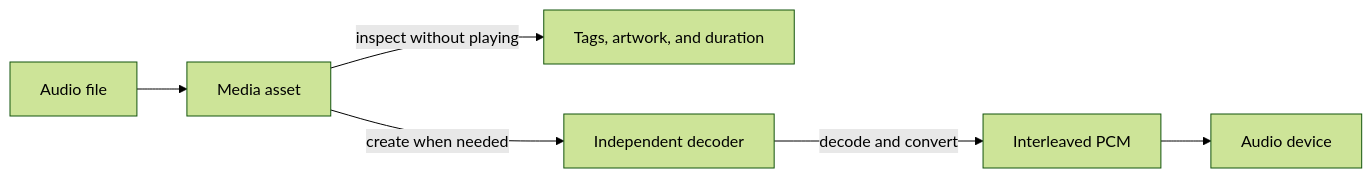
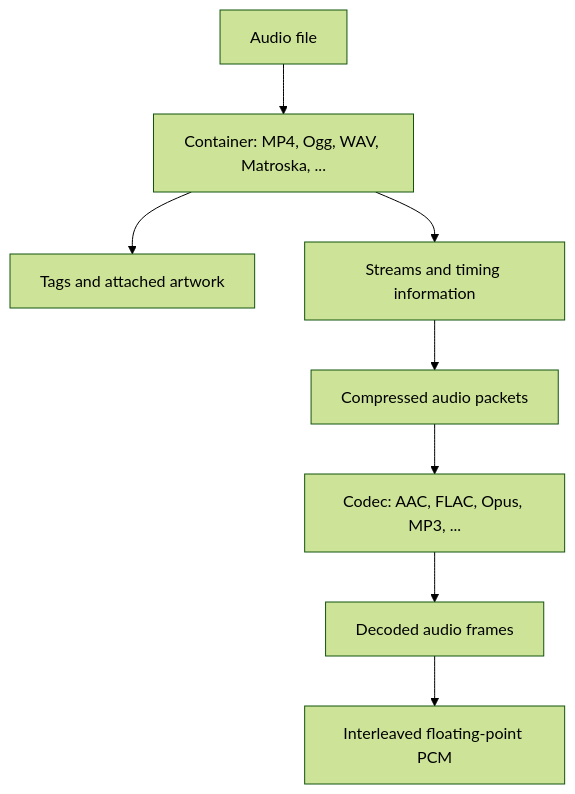
Before and after one commit to Vokerlee/wiola-player: the first of 7 diagrams in src/codec/README.md, drawn with Mermaid (forest theme). The commit also changed other lines of this file, not shown here.

Commit message:
docs: focus the codec guide on decoding

````diff
--- a/src/codec/README.md
+++ b/src/codec/README.md
@@ -11,8 +24,10 @@
 ```mermaid
-flowchart LR
-    File[Audio file] --> Asset[Media asset]
-    Asset -->|inspect without playing| Metadata[Tags, artwork, and duration]
-    Asset -->|create when needed| Decoder[Independent decoder]
-    Decoder -->|decode and convert| PCM[Interleaved PCM]
-    PCM --> Device[Audio device]
+flowchart TD
+    File[Audio file] --> Container[Container: MP4, Ogg, WAV, Matroska, ...]
+    Container --> Tags[Tags and attached artwork]
+    Container --> Streams[Streams and timing information]
+    Streams --> Packets[Compressed audio packets]
+    Packets --> Codec[Codec: AAC, FLAC, Opus, MP3, ...]
+    Codec --> Frames[Decoded audio frames]
+    Frames --> PCM[Interleaved floating-point PCM]
 ```
````
